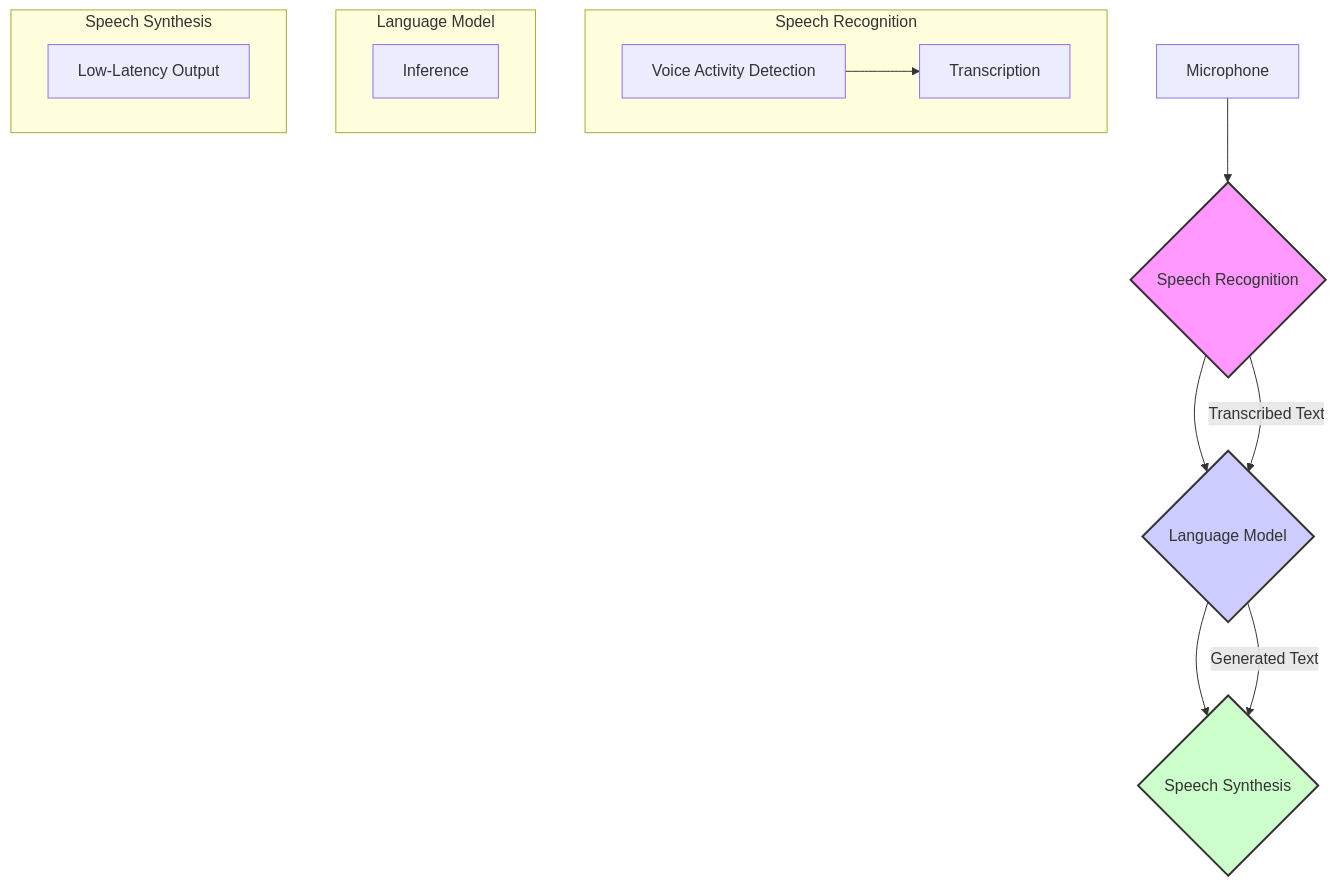
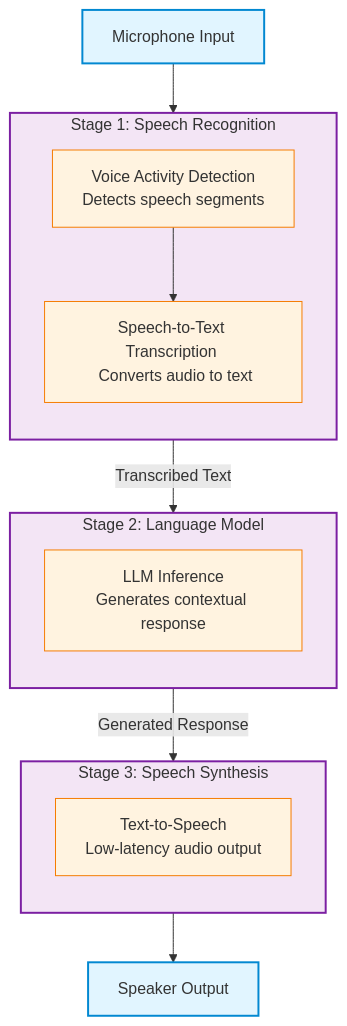
Before and after one commit to jovisai/ai-notes: the first of 2 diagrams in content/posts/a-technical-doc-about-ava.md, drawn with Mermaid. The commit also changed other lines of this file and 6 other files, not shown here.

````diff
--- a/content/posts/a-technical-doc-about-ava.md
+++ b/content/posts/a-technical-doc-about-ava.md
@@ -27,21 +28,43 @@
 ```mermaid
-graph TD;
-    A[Microphone] --> B{Speech Recognition};
-    B --> C{Language Model};
-    C --> D{Speech Synthesis};
-    subgraph Speech Recognition
-        direction LR
-        B1[Voice Activity Detection] --> B2[Transcription];
+graph TB
+    %% Input Stage
+    MIC[Microphone Input]
+    
+    %% Stage 1: Speech Recognition
+    subgraph SR["Stage 1: Speech Recognition"]
+        direction TB
+        VAD[Voice Activity Detection <br> Detects speech segments]
+        ASR[Speech-to-Text Transcription <br> Converts audio to text]
+        VAD --> ASR
     end
-    subgraph Language Model
-        C1[Inference]
+    
+    %% Stage 2: Language Model
+    subgraph LM["Stage 2: Language Model"]
+        direction TB
+        INF[LLM Inference<br>Generates contextual response]
     end
-    subgraph Speech Synthesis
-        D1[Low-Latency Output]
+    
+    %% Stage 3: Speech Synthesis
+    subgraph TTS["Stage 3: Speech Synthesis"]
+        direction TB
+        SYNTH[Text-to-Speech<br>Low-latency audio output]
     end
-    B -- Transcribed Text --> C;
-    C -- Generated Text --> D;
-    style B fill:#f9f,stroke:#333,stroke-width:2px;
-    style C fill:#ccf,stroke:#333,stroke-width:2px;
-    style D fill:#cfc,stroke:#333,stroke-width:2px;
+    
+    %% Output Stage
+    SPEAKER[Speaker Output]
+    
+    %% Flow connections
+    MIC --> SR
+    SR -->|Transcribed Text| LM
+    LM -->|Generated Response| TTS
+    TTS --> SPEAKER
+    
+    %% Styling
+    classDef inputOutput fill:#e1f5ff,stroke:#0288d1,stroke-width:2px
+    classDef stage fill:#f3e5f5,stroke:#7b1fa2,stroke-width:2px
+    classDef component fill:#fff3e0,stroke:#f57c00,stroke-width:1px
+    
+    class MIC,SPEAKER inputOutput
+    class SR,LM,TTS stage
+    class VAD,ASR,INF,SYNTH component
 ```
````
